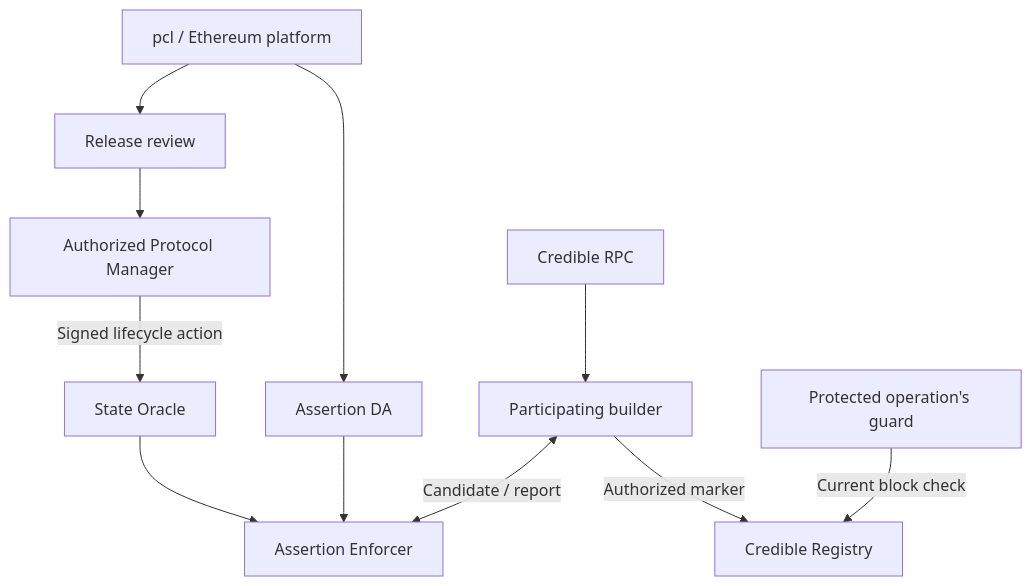
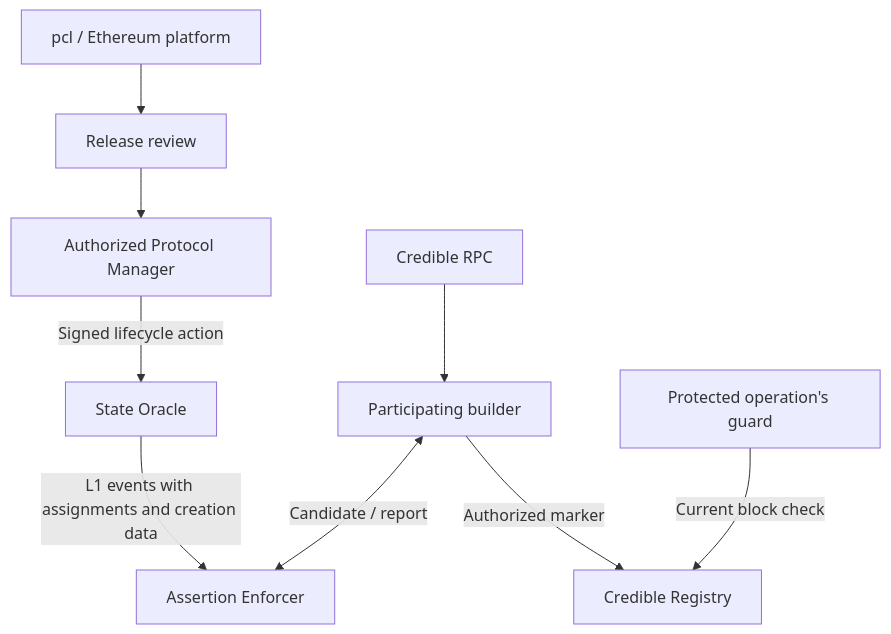
The diagram in credible/interfaces-overview.mdx (phylaxsystems/phylax-docs), drawn with Mermaid before and after one commit. The commit also changed other lines of this file and 14 other files, not shown here.

Commit message:
docs: clarify assertion data availability on Ethereum mainnet

````diff
--- a/credible/interfaces-overview.mdx
+++ b/credible/interfaces-overview.mdx
@@ -10,13 +10,11 @@
 ```mermaid
 flowchart TD
     CLI["pcl / Ethereum platform"] --> Release["Release review"]
     Release --> Manager["Authorized Protocol Manager"]
     Manager -->|"Signed lifecycle action"| SO["State Oracle"]
-    CLI --> DA["Assertion DA"]
-    SO --> E["Assertion Enforcer"]
-    DA --> E
+    SO -->|"L1 events with assignments and creation data"| E["Assertion Enforcer"]
     RPC["Credible RPC"] --> B["Participating builder"]
     B <-->|"Candidate / report"| E
     B -->|"Authorized marker"| CR["Credible Registry"]
     G["Protected operation's guard"] -->|"Current block check"| CR
 ```
````
